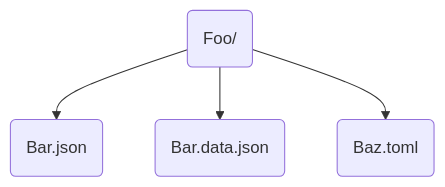
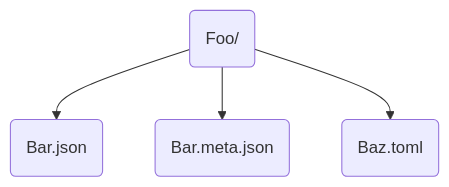
One commit to argon-rbx/argon-wiki changed the fifth of 7 diagrams in api/file-types.mdx. Above: the diagram before and after it, drawn with Mermaid. The commit also changed other lines of this file and 2 other files, not shown here.

Commit message:
Update available SyncRule types, remove `.src` and `.data` from all docs

`````diff
--- a/api/file-types.mdx
+++ b/api/file-types.mdx
@@ -123,12 +123,12 @@
 ```mermaid
 graph TD;
   foo(Foo/)
   bar(Bar.json)
-  bar.data(Bar.data.json)
+  bar.meta(Bar.meta.json)
   baz(Baz.toml)
 
 foo --> bar
-foo --> bar.data
+foo --> bar.meta
 foo --> baz
 
 ````
`````
